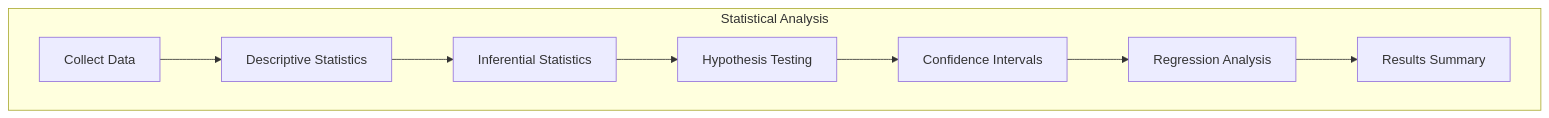
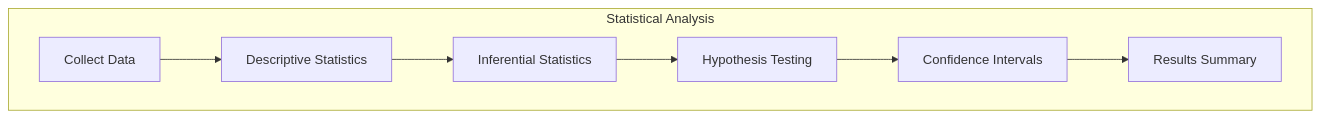
Before and after one commit to Evintkoo/2048-ml: the first of 6 diagrams in plans/07-Benchmarking/04-Analysis/02-statistical-analysis.md, drawn with Mermaid. The commit also changed other lines of this file and 67 other files, not shown here.

````diff
--- a/plans/07-Benchmarking/04-Analysis/02-statistical-analysis.md
+++ b/plans/07-Benchmarking/04-Analysis/02-statistical-analysis.md
@@ -22,11 +22,10 @@
 ```mermaid
 flowchart TD
     subgraph "Statistical Analysis"
         A[Collect Data] --> B[Descriptive Statistics]
         B --> C[Inferential Statistics]
         C --> D[Hypothesis Testing]
         D --> E[Confidence Intervals]
-        E --> F[Regression Analysis]
-        F --> G[Results Summary]
+        E --> F[Results Summary]
     end
 ```
````
